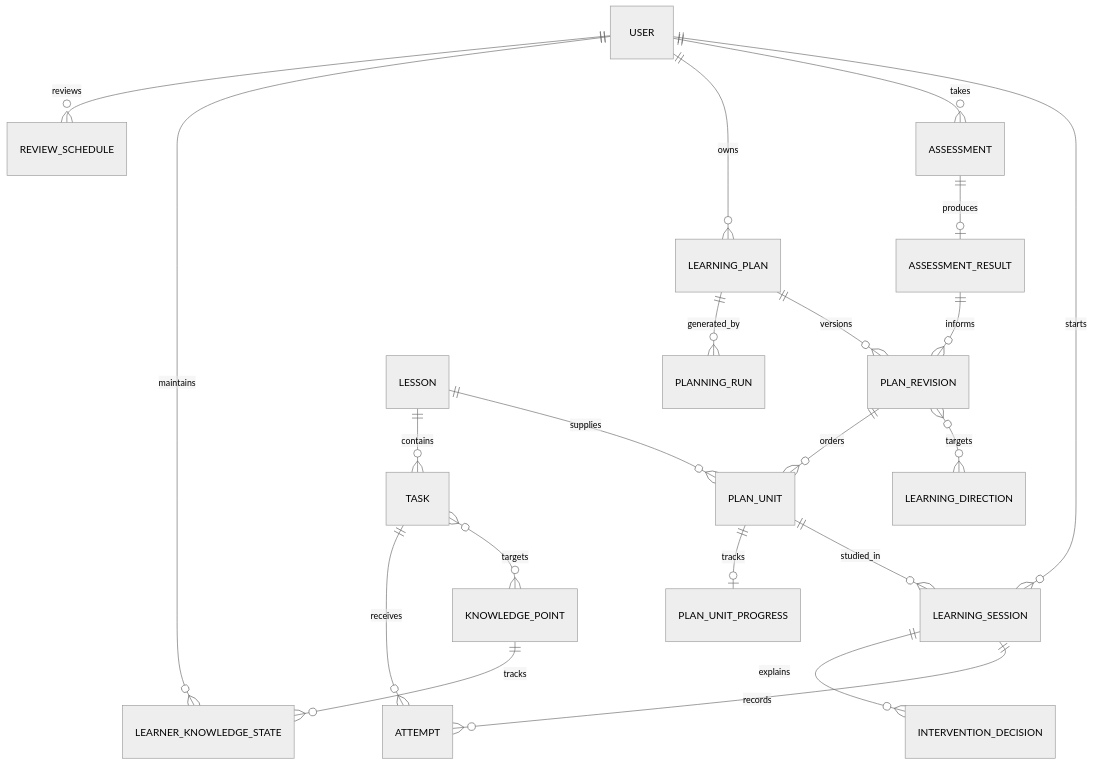
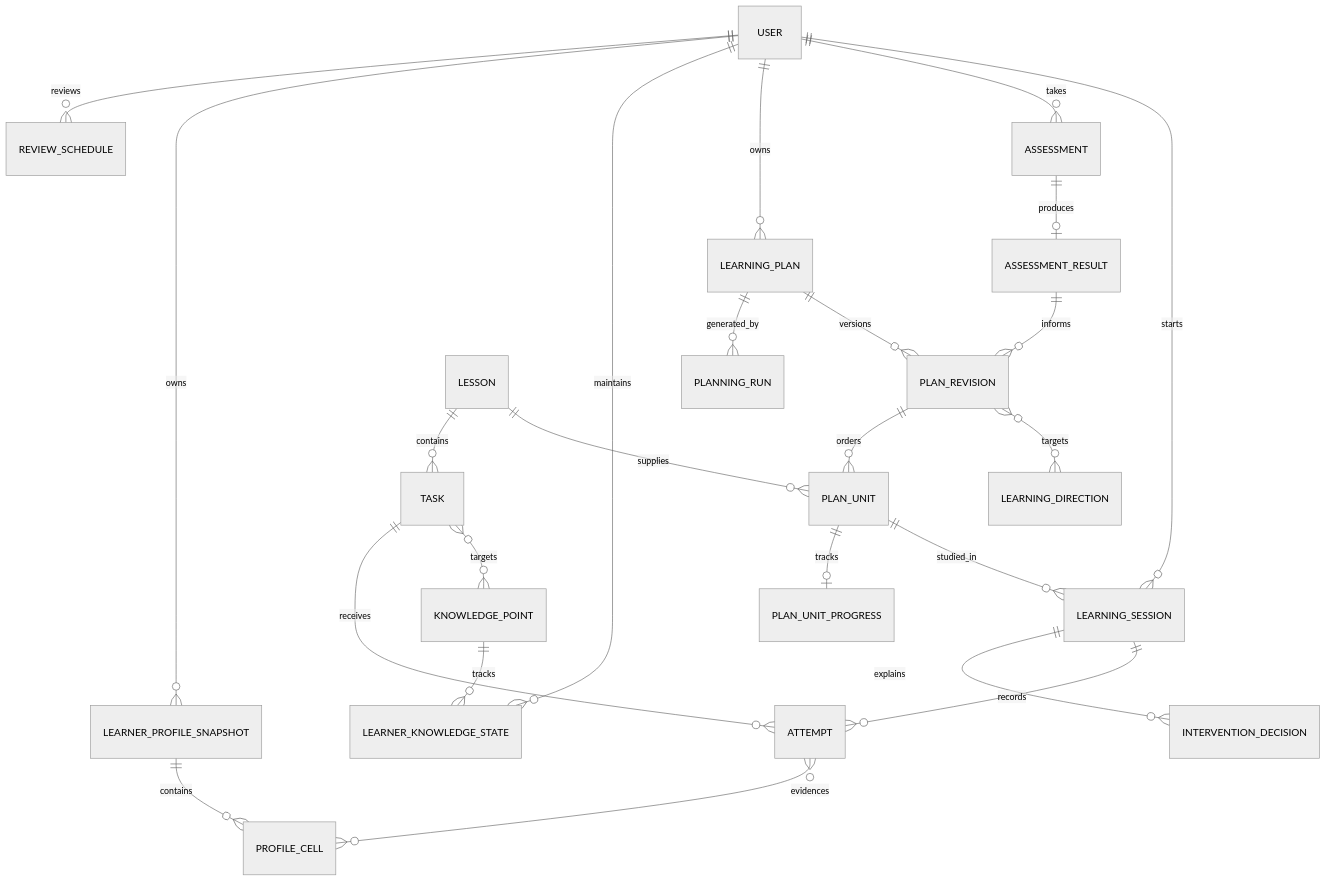
The diagram in docs/software/data-model.md (tianyew/OwlOwlGo-ECNU), drawn with Mermaid (neutral theme) before and after one commit. The commit also changed other lines of this file and 4 other files, not shown here.

Commit message:
feat: add multidimensional learner profile design

````diff
--- a/docs/software/data-model.md
+++ b/docs/software/data-model.md
@@ -34,23 +35,26 @@
 ```mermaid
 erDiagram
   USER ||--o{ LEARNING_SESSION : starts
   USER ||--o{ ASSESSMENT : takes
   ASSESSMENT ||--o| ASSESSMENT_RESULT : produces
   USER ||--o{ LEARNING_PLAN : owns
   LEARNING_PLAN ||--o{ PLAN_REVISION : versions
   ASSESSMENT_RESULT ||--o{ PLAN_REVISION : informs
   PLAN_REVISION }o--o{ LEARNING_DIRECTION : targets
   PLAN_REVISION ||--o{ PLAN_UNIT : orders
   LESSON ||--o{ PLAN_UNIT : supplies
   PLAN_UNIT ||--o{ LEARNING_SESSION : studied_in
   PLAN_UNIT ||--o| PLAN_UNIT_PROGRESS : tracks
   LEARNING_PLAN ||--o{ PLANNING_RUN : generated_by
   LESSON ||--o{ TASK : contains
   TASK }o--o{ KNOWLEDGE_POINT : targets
   LEARNING_SESSION ||--o{ ATTEMPT : records
   TASK ||--o{ ATTEMPT : receives
   USER ||--o{ LEARNER_KNOWLEDGE_STATE : maintains
   KNOWLEDGE_POINT ||--o{ LEARNER_KNOWLEDGE_STATE : tracks
+  USER ||--o{ LEARNER_PROFILE_SNAPSHOT : owns
+  LEARNER_PROFILE_SNAPSHOT ||--o{ PROFILE_CELL : contains
+  ATTEMPT }o--o{ PROFILE_CELL : evidences
   LEARNING_SESSION ||--o{ INTERVENTION_DECISION : explains
   USER ||--o{ REVIEW_SCHEDULE : reviews
 ```
````
